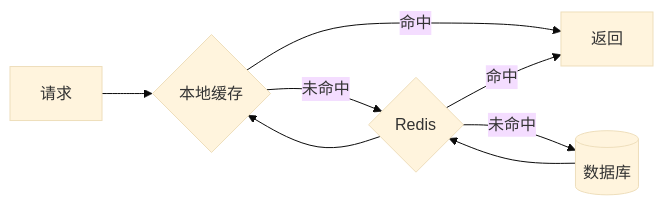
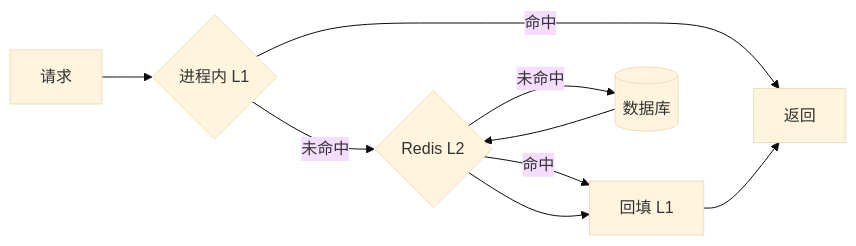
Before and after one commit to luxiag/blog: the fifth of 5 diagrams in posts/redis/redis-cache-in-depth.mdx, drawn with Mermaid (base theme). The commit also changed other lines of this file and 3 other files, not shown here.

````diff
--- a/posts/redis/redis-cache-in-depth.mdx
+++ b/posts/redis/redis-cache-in-depth.mdx
@@ -248,10 +421,11 @@
 ```mermaid
 graph LR
-  Req[请求] --> L1{本地缓存}
+  Req[请求] --> L1{进程内 L1}
   L1 -- 命中 --> Ret[返回]
-  L1 -- 未命中 --> L2{Redis}
-  L2 -- 命中 --> Ret
+  L1 -- 未命中 --> L2{Redis L2}
+  L2 -- 命中 --> Fill[回填 L1]
   L2 -- 未命中 --> DB[(数据库)]
   DB --> L2
-  L2 --> L1
+  L2 --> Fill
+  Fill --> Ret
 ```
````
